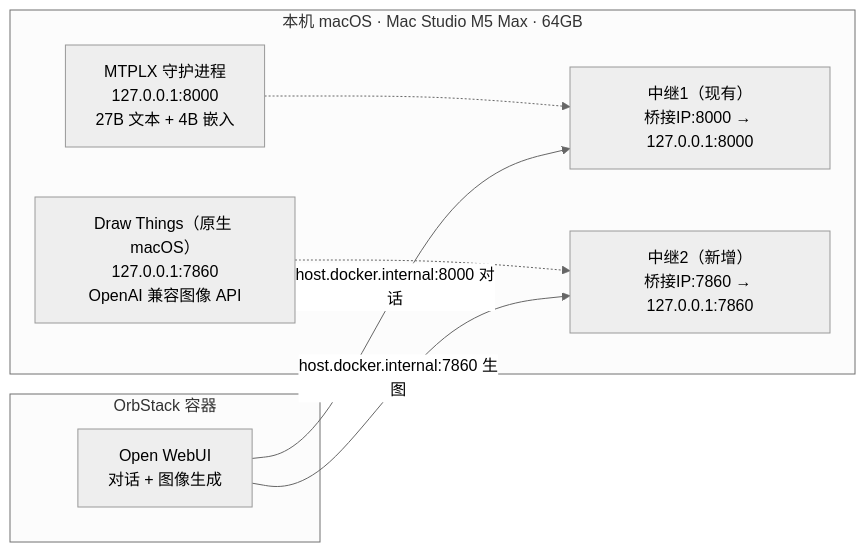
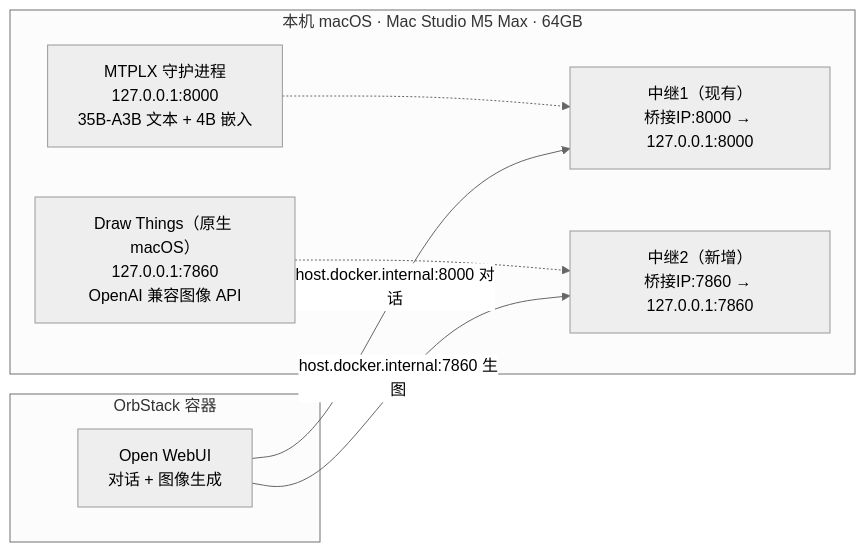
One commit to aiedwardai/AstraX changed the diagram in docs/archive/05-图像视频生成/图像与视频生成接入方案.md. Above: the diagram before and after it, drawn with Mermaid (neutral theme). The commit also changed other lines of this file and 10 other files, not shown here.

````diff
--- a/docs/archive/05-图像视频生成/图像与视频生成接入方案.md
+++ b/docs/archive/05-图像视频生成/图像与视频生成接入方案.md
@@ -33,16 +33,16 @@
 ```mermaid
 flowchart LR
     subgraph Mac["本机 macOS · Mac Studio M5 Max · 64GB"]
-        MTPLX["MTPLX 守护进程<br/>127.0.0.1:8000<br/>27B 文本 + 4B 嵌入"]
+        MTPLX["MTPLX 守护进程<br/>127.0.0.1:8000<br/>35B-A3B 文本 + 4B 嵌入"]
         DRAW["Draw Things（原生 macOS）<br/>127.0.0.1:7860<br/>OpenAI 兼容图像 API"]
         RELAY1["中继1（现有）<br/>桥接IP:8000 → 127.0.0.1:8000"]
         RELAY2["中继2（新增）<br/>桥接IP:7860 → 127.0.0.1:7860"]
         MTPLX -.-> RELAY1
         DRAW  -.-> RELAY2
     end
     subgraph Orb["OrbStack 容器"]
         OWUI["Open WebUI<br/>对话 + 图像生成"]
     end
     OWUI -->|host.docker.internal:8000 对话| RELAY1
     OWUI -->|host.docker.internal:7860 生图| RELAY2
 ```
````
